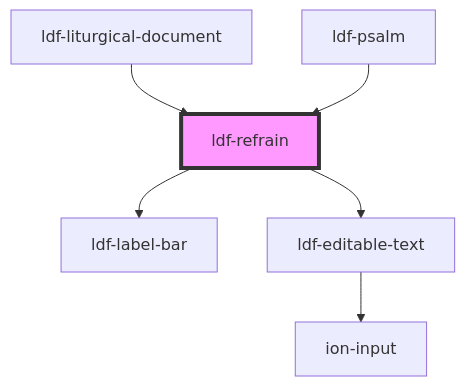
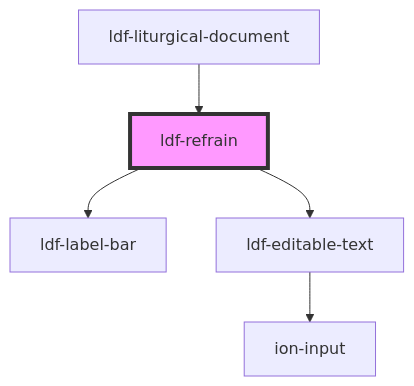
Before and after one commit to gbj/venite: the diagram in components/src/components/refrain/readme.md, drawn with Mermaid. The commit also changed other lines of this file and 19 other files, not shown here.

````diff
--- a/components/src/components/refrain/readme.md
+++ b/components/src/components/refrain/readme.md
@@ -30,9 +29,8 @@
 ```mermaid
 graph TD;
   ldf-refrain --> ldf-label-bar
   ldf-refrain --> ldf-editable-text
   ldf-editable-text --> ion-input
   ldf-liturgical-document --> ldf-refrain
-  ldf-psalm --> ldf-refrain
   style ldf-refrain fill:#f9f,stroke:#333,stroke-width:4px
 ```
````
